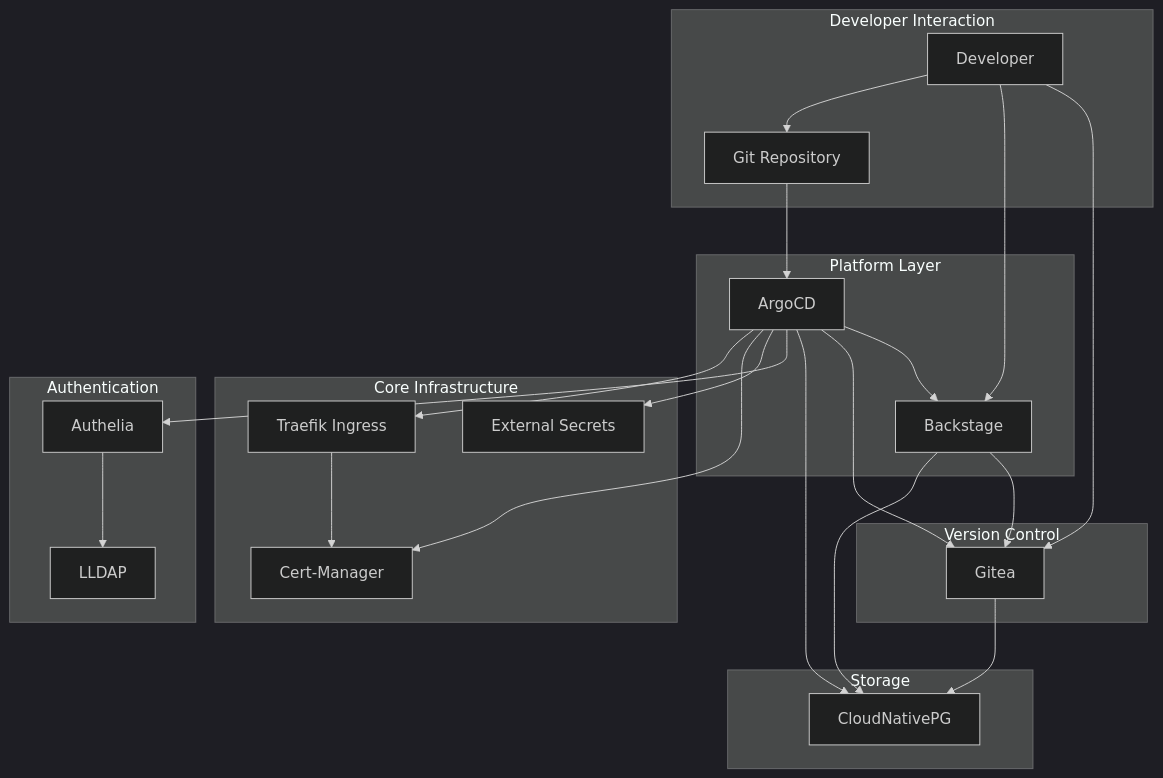
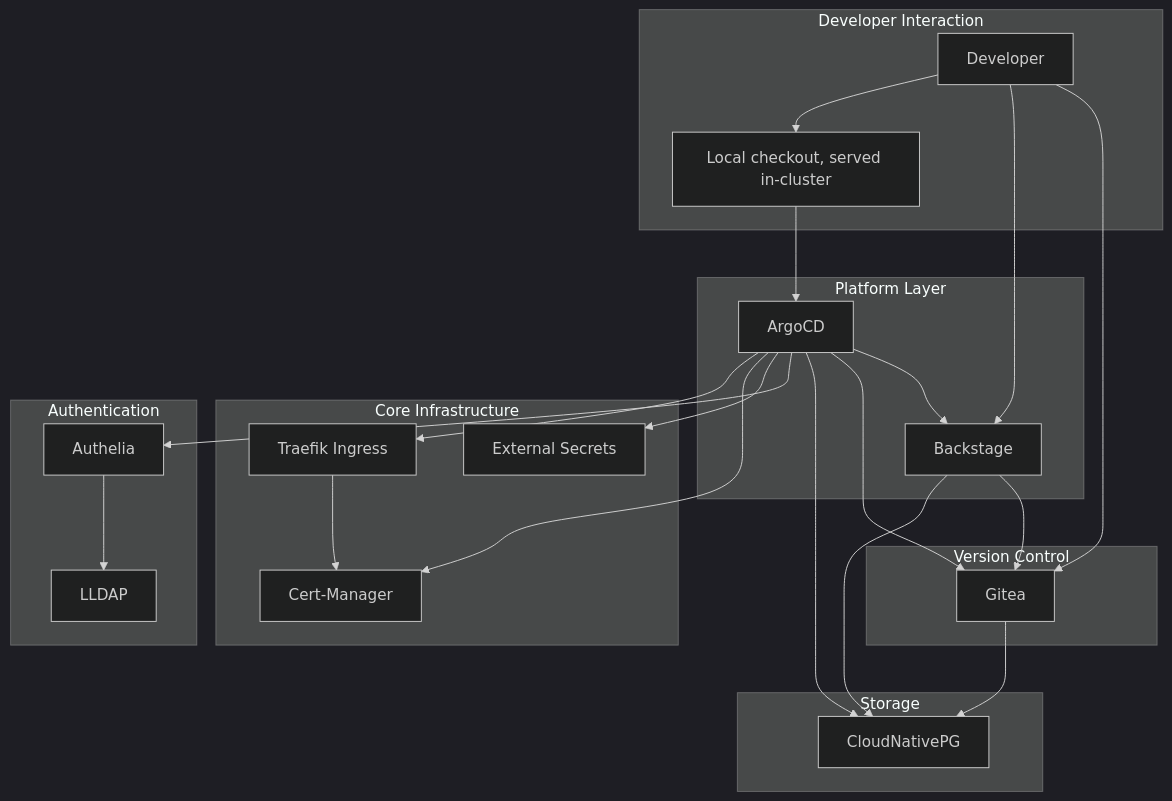
The first of 3 diagrams in docs/architecture/overview.md (BillyMichael/local-developer-platform), drawn with Mermaid (dark theme) before and after one commit. The commit also changed other lines of this file and 9 other files, not shown here.

First line of the commit message:
✨ feat(gitops): deploy the platform from the local checkout, not GitHub

````diff
--- a/docs/architecture/overview.md
+++ b/docs/architecture/overview.md
@@ -7,50 +7,50 @@
 ```mermaid
 graph TB
     subgraph "Developer Interaction"
         DEV[Developer]
-        GIT[Git Repository]
+        GIT[Local checkout, served in-cluster]
     end
 
     subgraph "Platform Layer"
         ARGO[ArgoCD]
         BACK[Backstage]
     end
 
     subgraph "Core Infrastructure"
         TRAEFIK[Traefik Ingress]
         CERT[Cert-Manager]
         ESO[External Secrets]
     end
 
     subgraph "Authentication"
         AUTH[Authelia]
         LDAP[LLDAP]
     end
 
     subgraph "Storage"
         PG[CloudNativePG]
     end
 
     subgraph "Version Control"
         GITEA[Gitea]
     end
 
     DEV --> GIT
     GIT --> ARGO
     DEV --> BACK
     DEV --> GITEA
 
     ARGO --> TRAEFIK
     ARGO --> CERT
     ARGO --> ESO
     ARGO --> AUTH
     ARGO --> PG
     ARGO --> GITEA
     ARGO --> BACK
 
     AUTH --> LDAP
     TRAEFIK --> CERT
     GITEA --> PG
     BACK --> PG
     BACK --> GITEA
 ```
````
